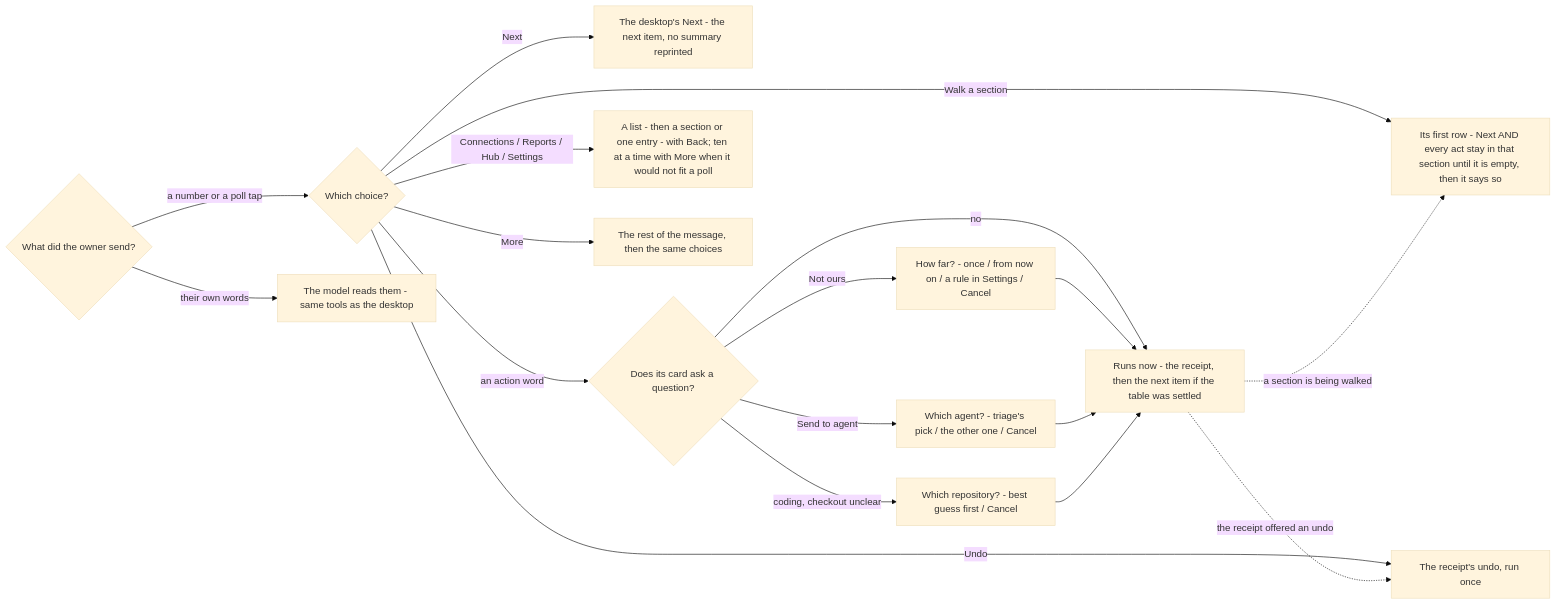
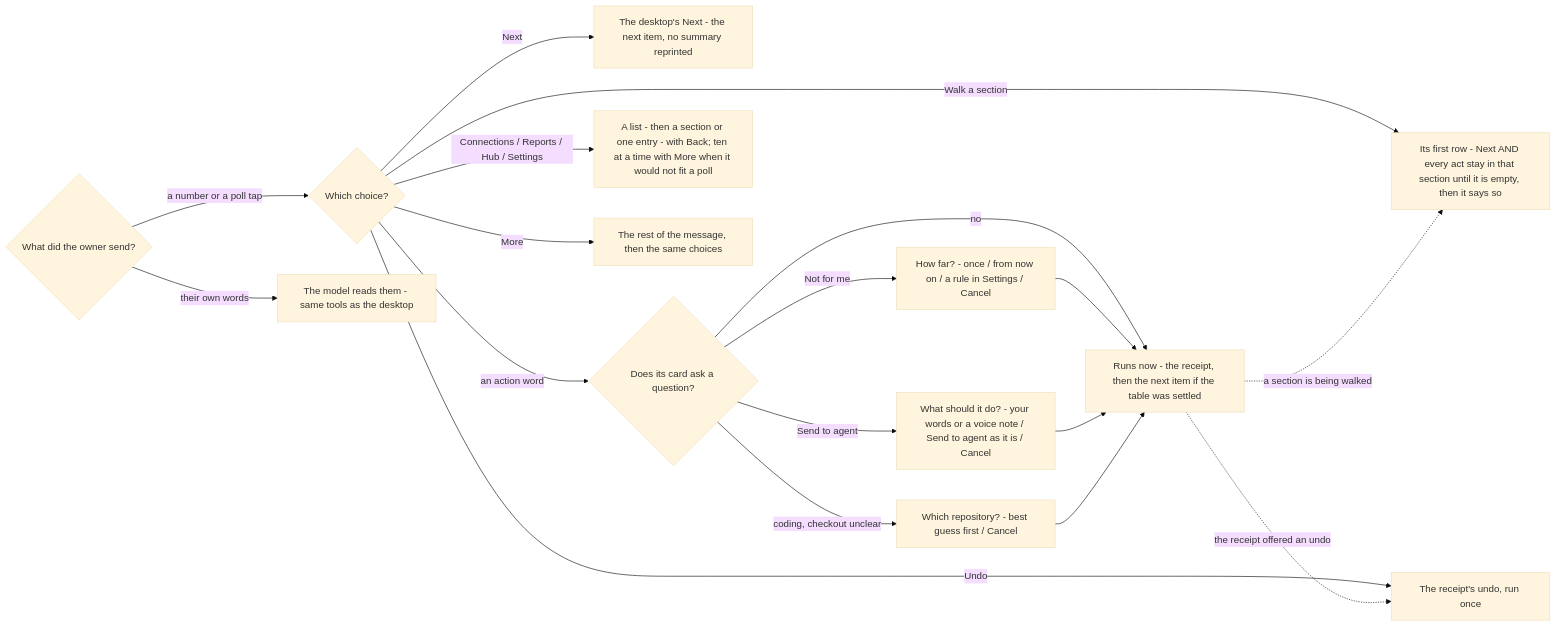
The diagram in docs/phone-choices.md (ldbumble/taskuary), drawn with Mermaid (base theme) before and after one commit. The commit also changed other lines of this file and 17 other files, not shown here.

````diff
--- a/docs/phone-choices.md
+++ b/docs/phone-choices.md
@@ -14,21 +14,21 @@
 ```mermaid
 flowchart LR
   P{"What did the owner send?"}
   P -->|a number or a poll tap| A{"Which choice?"}
   P -->|their own words| M["The model reads them - same tools as the desktop"]
   A -->|Next| N["The desktop's Next - the next item, no summary reprinted"]
   A -->|an action word| D{"Does its card ask a question?"}
   D -->|no| R["Runs now - the receipt, then the next item if the table was settled"]
-  D -->|Not ours| H["How far? - once / from now on / a rule in Settings / Cancel"]
-  D -->|Send to agent| W["Which agent? - triage's pick / the other one / Cancel"]
+  D -->|Not for me| H["How far? - once / from now on / a rule in Settings / Cancel"]
+  D -->|Send to agent| W["What should it do? - your words or a voice note / Send to agent as it is / Cancel"]
   D -->|coding, checkout unclear| C["Which repository? - best guess first / Cancel"]
   H --> R
   W --> R
   C --> R
   A -->|Undo| U["The receipt's undo, run once"]
   A -->|Walk a section| S["Its first row - Next AND every act stay in that section until it is empty, then it says so"]
   A -->|Connections / Reports / Hub / Settings| B["A list - then a section or one entry - with Back; ten at a time with More when it would not fit a poll"]
   R -.->|a section is being walked| S
   A -->|More| O["The rest of the message, then the same choices"]
   R -.->|the receipt offered an undo| U
 ```
````
